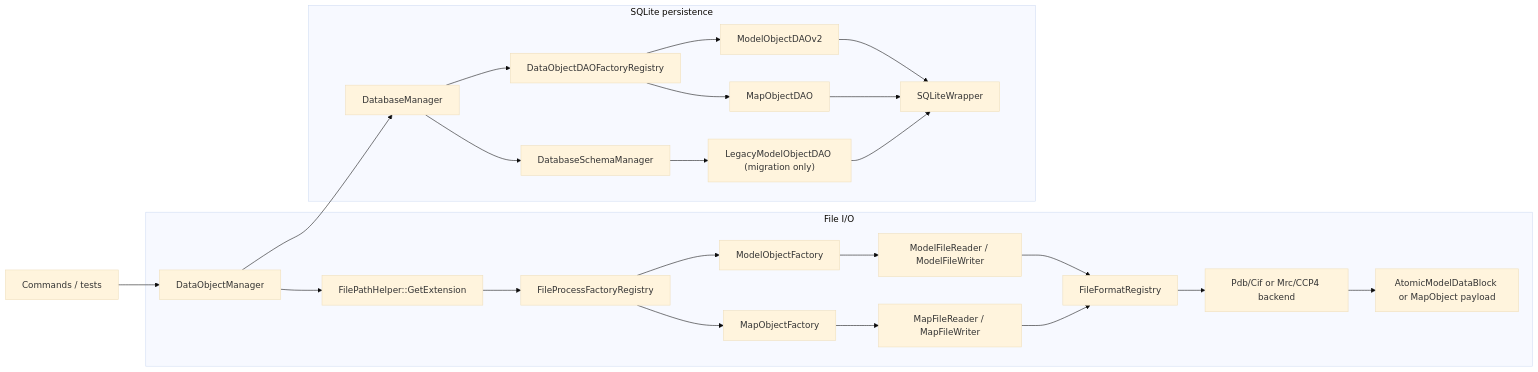
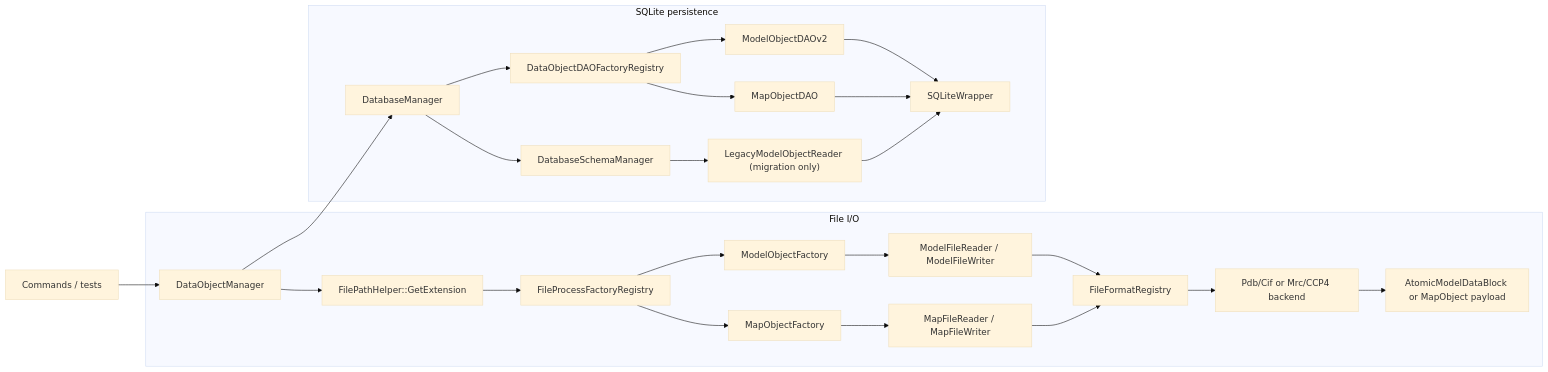
Before and after one commit to yslianTim/rhbm_gem: the diagram in docs/developer/architecture/dataobject-io-architecture.md, drawn with Mermaid (base theme). The commit also changed other lines of this file and 34 other files, not shown here.

````diff
--- a/docs/developer/architecture/dataobject-io-architecture.md
+++ b/docs/developer/architecture/dataobject-io-architecture.md
@@ -77,29 +77,29 @@
 ```mermaid
 flowchart LR
     A["Commands / tests"] --> B["DataObjectManager"]
 
     subgraph F["File I/O"]
         B --> C["FilePathHelper::GetExtension"]
         C --> D["FileProcessFactoryRegistry"]
         D --> E["ModelObjectFactory"]
         D --> F2["MapObjectFactory"]
         E --> G["ModelFileReader / ModelFileWriter"]
         F2 --> H["MapFileReader / MapFileWriter"]
         G --> I["FileFormatRegistry"]
         H --> I
         I --> J["Pdb/Cif or Mrc/CCP4 backend"]
         J --> K["AtomicModelDataBlock or MapObject payload"]
     end
 
     subgraph P["SQLite persistence"]
         B --> L["DatabaseManager"]
         L --> M["DatabaseSchemaManager"]
         L --> N["DataObjectDAOFactoryRegistry"]
         N --> O["ModelObjectDAOv2"]
         N --> P2["MapObjectDAO"]
-        M --> Q["LegacyModelObjectDAO (migration only)"]
+        M --> Q["LegacyModelObjectReader (migration only)"]
         O --> R["SQLiteWrapper"]
         P2 --> R
         Q --> R
     end
 ```
````
